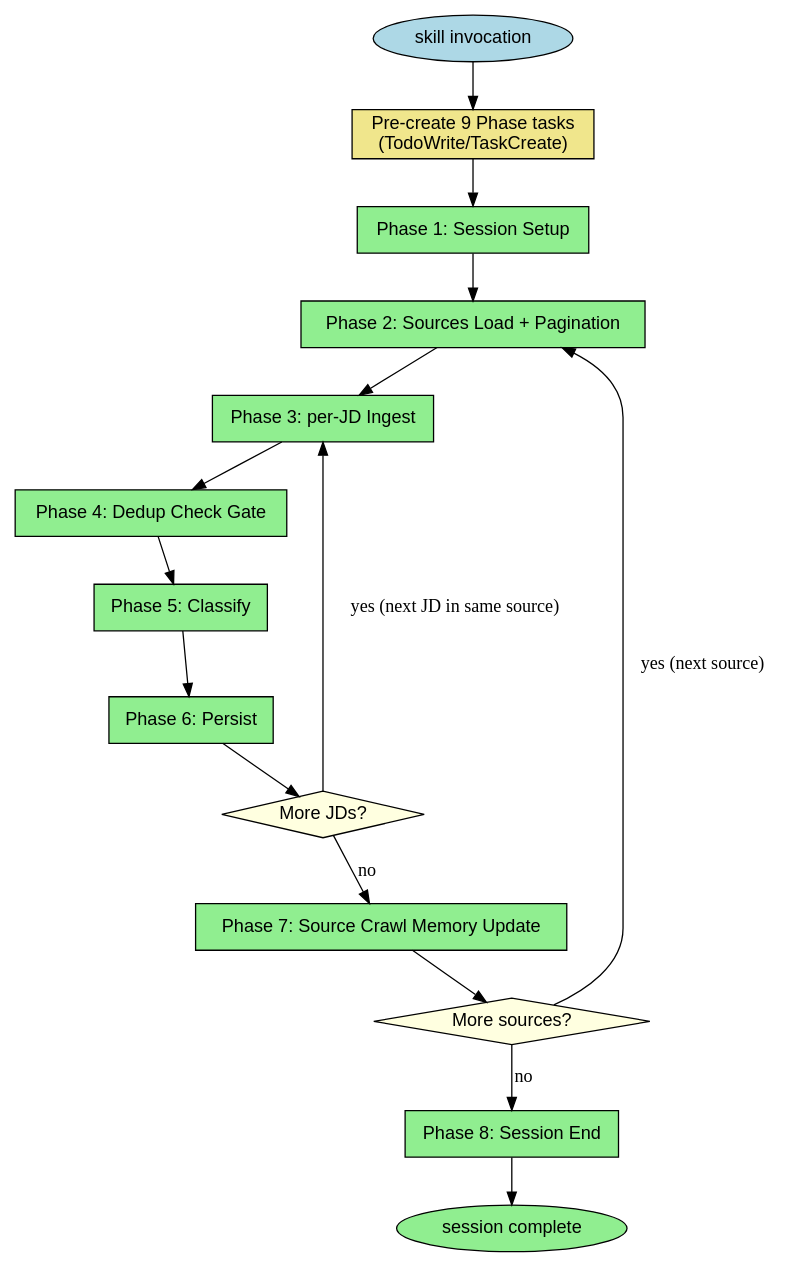
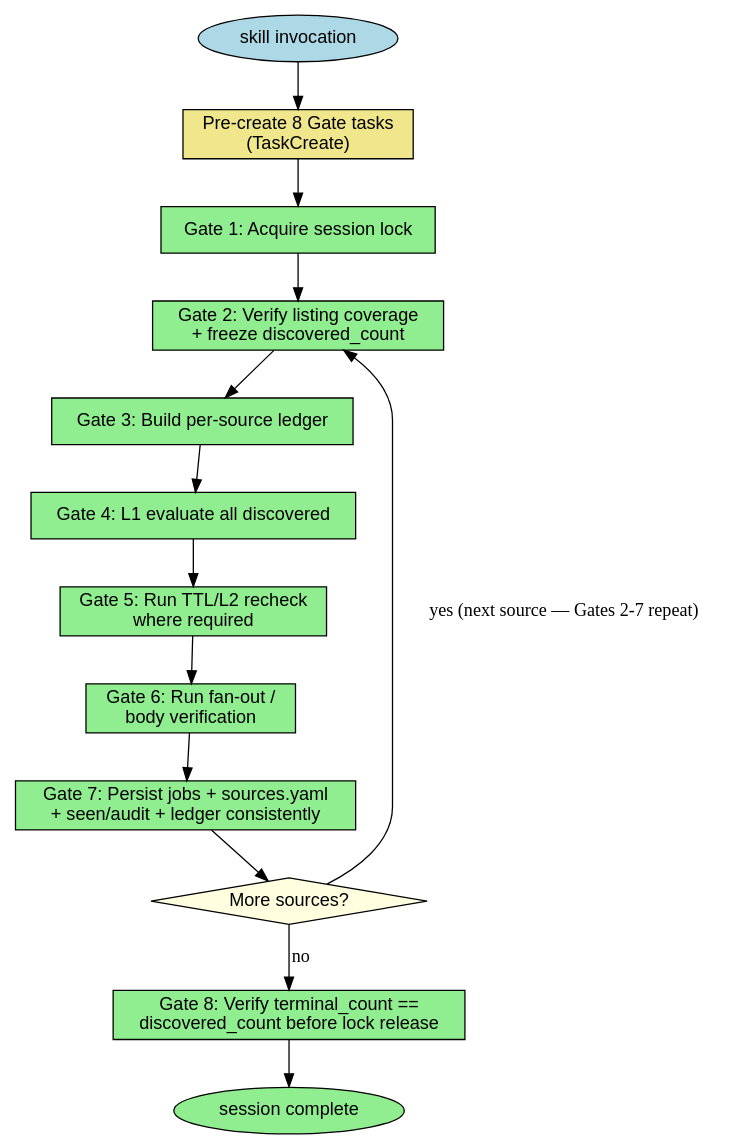
Before and after one commit to toongri/oh-my-toong-playground: the first of 2 diagrams in skills/collect-jd/reference/bootstrap.md, drawn with Graphviz. The commit also changed other lines of this file and 3 other files, not shown here.

Commit message:
fix: collect-jd 8-gate task + per-source ledger 도입

````diff
--- a/skills/collect-jd/reference/bootstrap.md
+++ b/skills/collect-jd/reference/bootstrap.md
@@ -39,35 +46,32 @@
 ```dot
-digraph phase_task_creation {
+digraph gate_task_creation {
   rankdir=TB;
   node [shape=box, fontname="Helvetica"];
 
   trigger [label="skill invocation", shape=ellipse, style=filled, fillcolor=lightblue];
-  create_tasks [label="Pre-create 9 Phase tasks\n(TodoWrite/TaskCreate)", style=filled, fillcolor=khaki];
-  session_setup [label="Phase 1: Session Setup", style=filled, fillcolor=lightgreen];
-  sources_load_pagination [label="Phase 2: Sources Load + Pagination", style=filled, fillcolor=lightgreen];
-  per_jd_ingest [label="Phase 3: per-JD Ingest", style=filled, fillcolor=lightgreen];
-  dedup [label="Phase 4: Dedup Check Gate", style=filled, fillcolor=lightgreen];
-  classify [label="Phase 5: Classify", style=filled, fillcolor=lightgreen];
-  persist [label="Phase 6: Persist", style=filled, fillcolor=lightgreen];
-  batch_jd_decision [label="More JDs?", shape=diamond, style=filled, fillcolor=lightyellow];
-  source_crawl_memory_update [label="Phase 7: Source Crawl Memory Update", style=filled, fillcolor=lightgreen];
-  batch_source_decision [label="More sources?", shape=diamond, style=filled, fillcolor=lightyellow];
-  session_end [label="Phase 8: Session End", style=filled, fillcolor=lightgreen];
+  create_tasks [label="Pre-create 8 Gate tasks\n(TaskCreate)", style=filled, fillcolor=khaki];
+  g1 [label="Gate 1: Acquire session lock", style=filled, fillcolor=lightgreen];
+  g2 [label="Gate 2: Verify listing coverage\n+ freeze discovered_count", style=filled, fillcolor=lightgreen];
+  g3 [label="Gate 3: Build per-source ledger", style=filled, fillcolor=lightgreen];
+  g4 [label="Gate 4: L1 evaluate all discovered", style=filled, fillcolor=lightgreen];
+  g5 [label="Gate 5: Run TTL/L2 recheck\nwhere required", style=filled, fillcolor=lightgreen];
+  g6 [label="Gate 6: Run fan-out /\nbody verification", style=filled, fillcolor=lightgreen];
+  g7 [label="Gate 7: Persist jobs + sources.yaml\n+ seen/audit + ledger consistently", style=filled, fillcolor=lightgreen];
+  more_sources [label="More sources?", shape=diamond, style=filled, fillcolor=lightyellow];
+  g8 [label="Gate 8: Verify terminal_count ==\ndiscovered_count before lock release", style=filled, fillcolor=lightgreen];
   done [label="session complete", shape=ellipse, style=filled, fillcolor=lightgreen];
 
   trigger -> create_tasks;
-  create_tasks -> session_setup;
-  session_setup -> sources_load_pagination;
-  sources_load_pagination -> per_jd_ingest;
-  per_jd_ingest -> dedup;
-  dedup -> classify;
-  classify -> persist;
-  persist -> batch_jd_decision;
-  batch_jd_decision -> per_jd_ingest [label="yes (next JD in same source)"];
-  batch_jd_decision -> source_crawl_memory_update [label="no"];
-  source_crawl_memory_update -> batch_source_decision;
-  batch_source_decision -> sources_load_pagination [label="yes (next source)"];
-  batch_source_decision -> session_end [label="no"];
-  session_end -> done;
+  create_tasks -> g1;
+  g1 -> g2;
+  g2 -> g3;
+  g3 -> g4;
+  g4 -> g5;
+  g5 -> g6;
+  g6 -> g7;
+  g7 -> more_sources;
+  more_sources -> g2 [label="yes (next source — Gates 2-7 repeat)"];
+  more_sources -> g8 [label="no"];
+  g8 -> done;
 }
 ```
````
